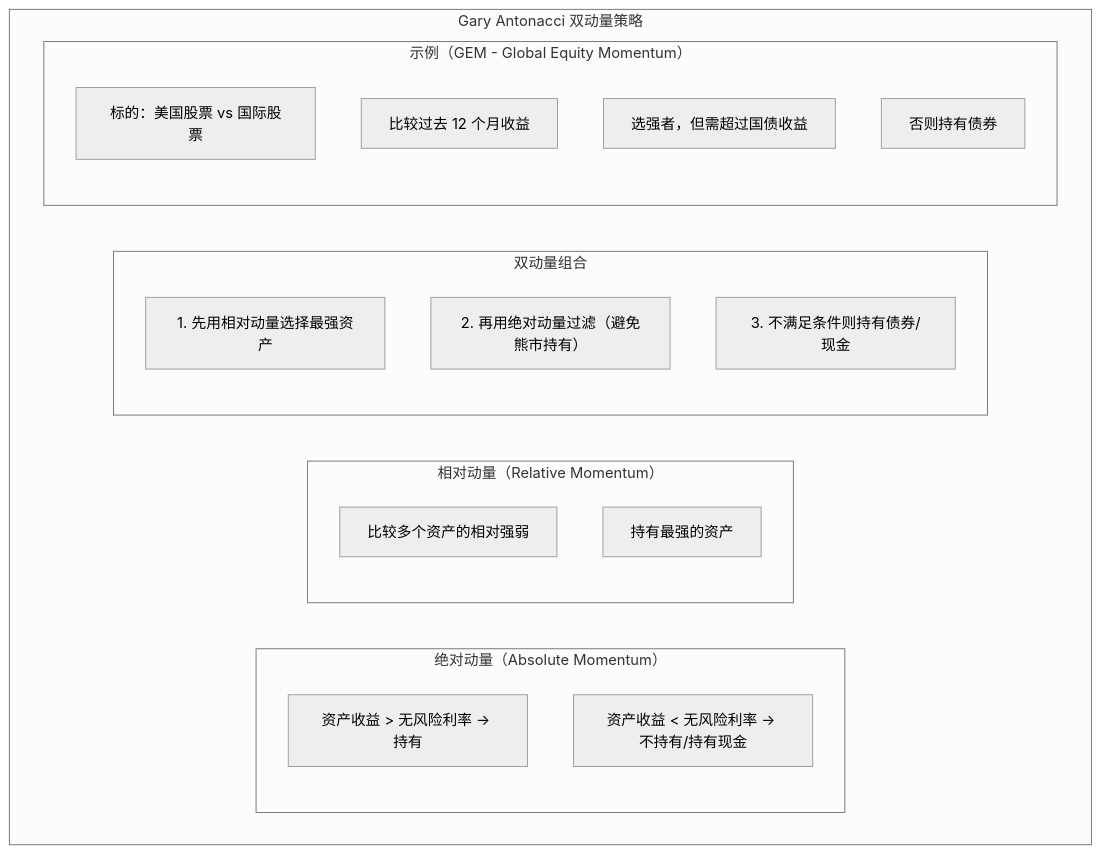
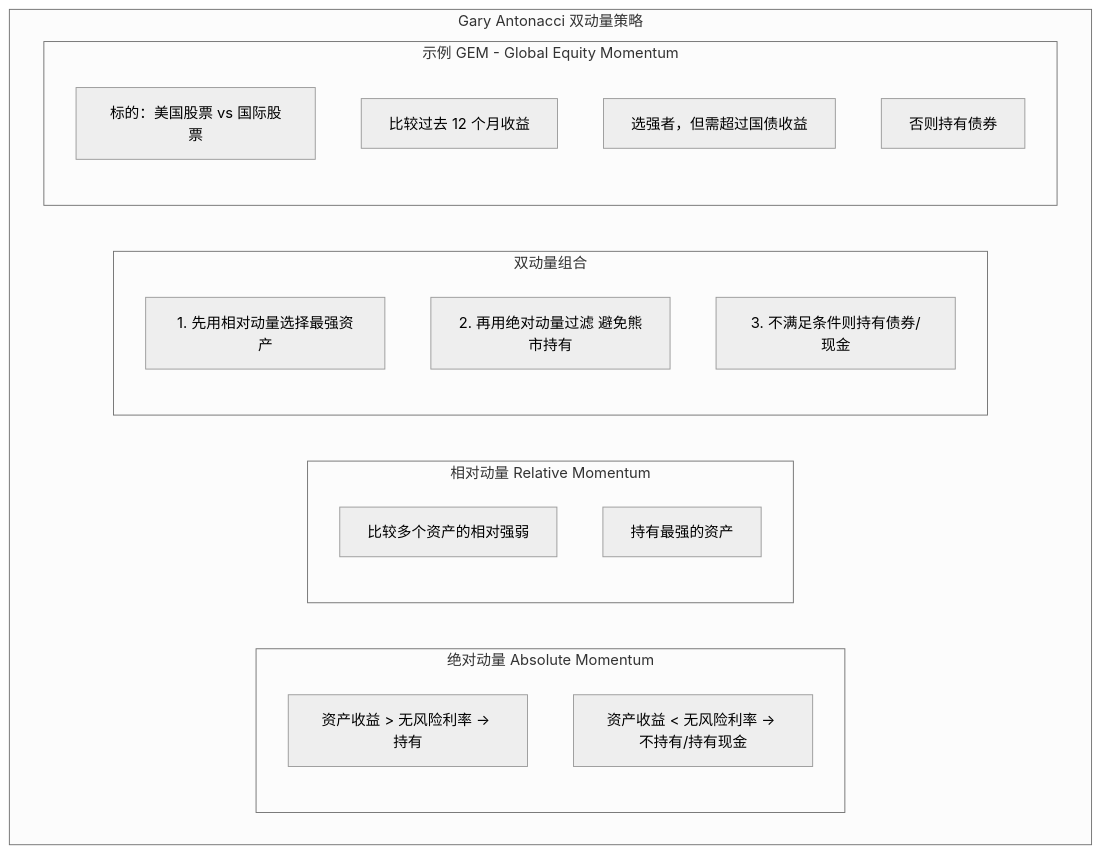
One commit to jpixy/jpixy.github.io changed the seventh of 17 diagrams in content/articles/quant/quant-05-个人量化常用策略详解.md. Above: the diagram before and after it, drawn with Mermaid (neutral theme). The commit also changed other lines of this file and 66 other files, not shown here.

Commit message:
fix: resolve Mermaid syntax errors by removing parentheses in node labels

````diff
--- a/content/articles/quant/quant-05-个人量化常用策略详解.md
+++ b/content/articles/quant/quant-05-个人量化常用策略详解.md
@@ -242,24 +242,24 @@
 ```mermaid
 graph TB
     subgraph 双动量["Gary Antonacci 双动量策略"]
-        subgraph 绝对动量["绝对动量（Absolute Momentum）"]
+        subgraph 绝对动量["绝对动量 Absolute Momentum"]
             A1["资产收益 > 无风险利率 → 持有"]
             A2["资产收益 < 无风险利率 → 不持有/持有现金"]
         end
-        subgraph 相对动量["相对动量（Relative Momentum）"]
+        subgraph 相对动量["相对动量 Relative Momentum"]
             R1["比较多个资产的相对强弱"]
             R2["持有最强的资产"]
         end
         subgraph 组合["双动量组合"]
             C1["1. 先用相对动量选择最强资产"]
-            C2["2. 再用绝对动量过滤（避免熊市持有）"]
+            C2["2. 再用绝对动量过滤 避免熊市持有"]
             C3["3. 不满足条件则持有债券/现金"]
         end
-        subgraph GEM["示例（GEM - Global Equity Momentum）"]
+        subgraph GEM["示例 GEM - Global Equity Momentum"]
             G1["标的：美国股票 vs 国际股票"]
             G2["比较过去 12 个月收益"]
             G3["选强者，但需超过国债收益"]
             G4["否则持有债券"]
         end
     end
 ```
````
